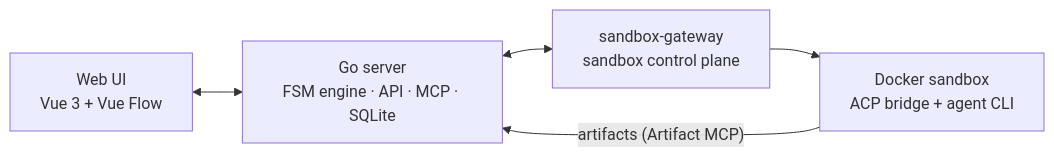
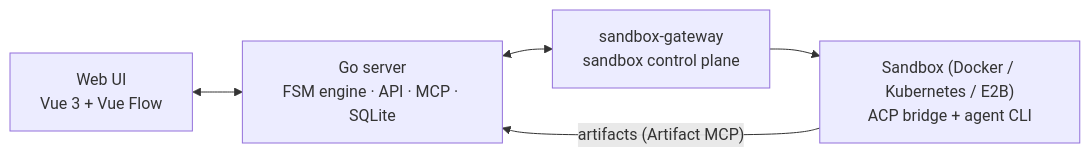
The second of 2 diagrams in README.md (cocofhu/grasp), drawn with Mermaid before and after one commit. The commit also changed other lines of this file and 11 other files, not shown here.

````diff
--- a/README.md
+++ b/README.md
@@ -120,7 +210,7 @@
 ```mermaid
 flowchart LR
     UI["Web UI<br/>Vue 3 + Vue Flow"] <--> S["Go server<br/>FSM engine · API · MCP · SQLite"]
     S <--> G["sandbox-gateway<br/>sandbox control plane"]
-    G --> B["Docker sandbox<br/>ACP bridge + agent CLI"]
+    G --> B["Sandbox (Docker / Kubernetes / E2B)<br/>ACP bridge + agent CLI"]
     B -- "artifacts (Artifact MCP)" --> S
 ```
````
